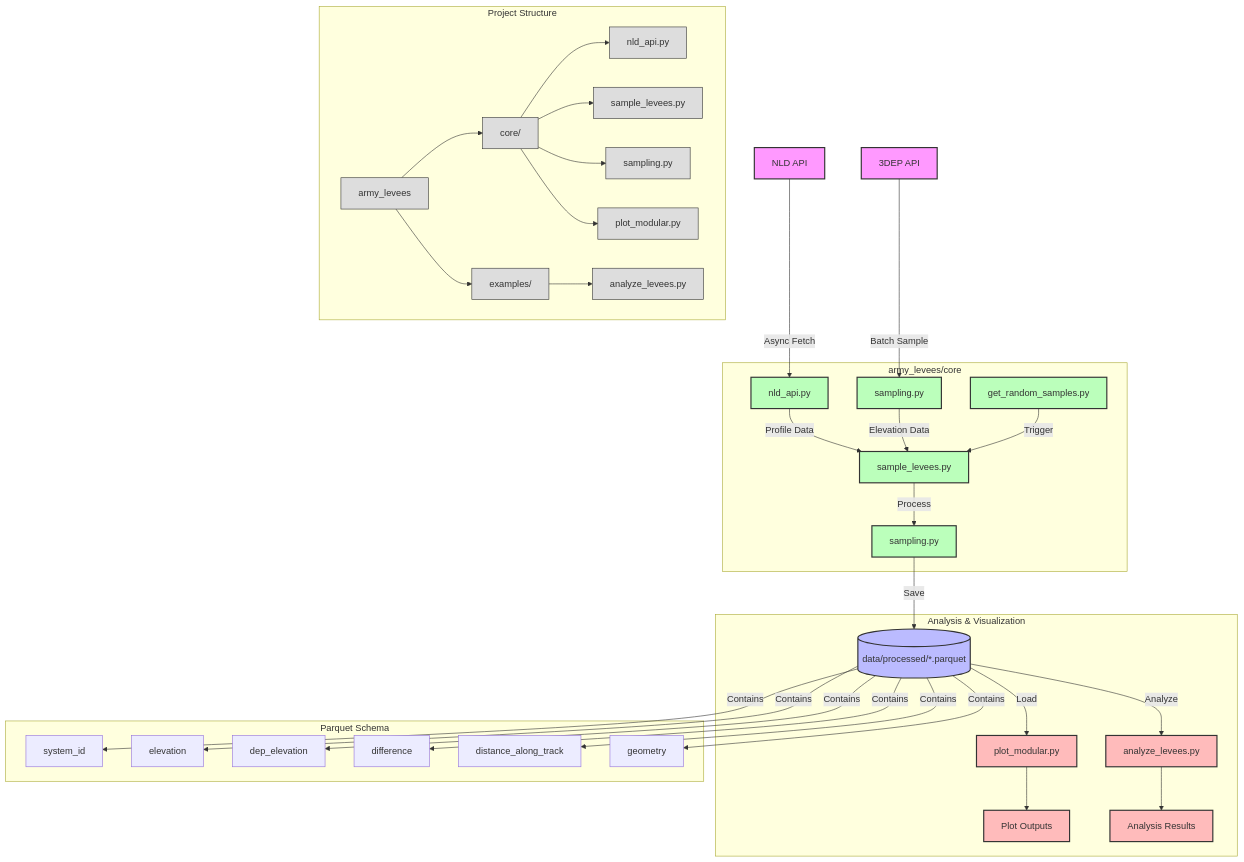
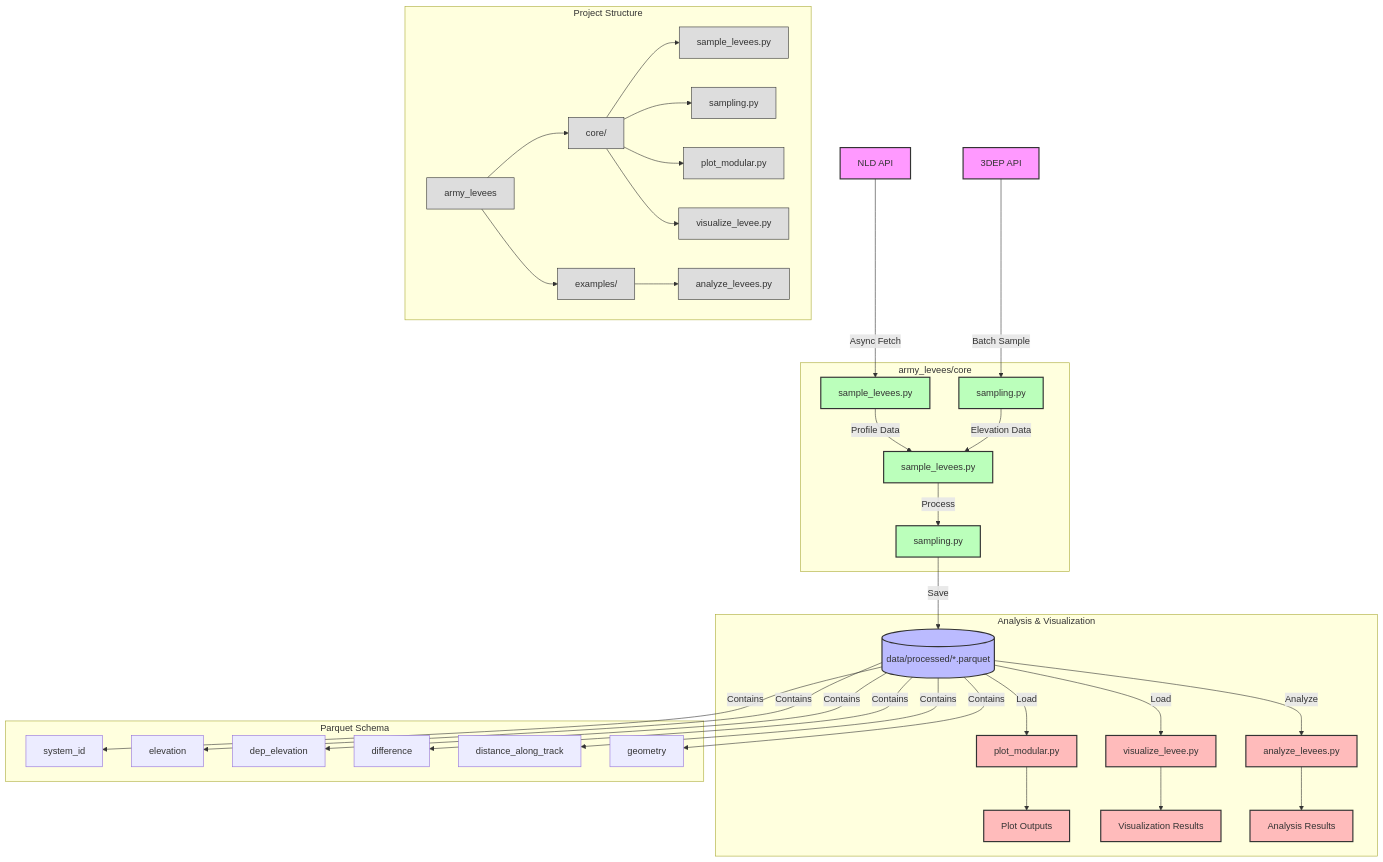
Before and after one commit to jameshgrn/army_levees: the diagram in README.md, drawn with Mermaid. The commit also changed 1 other file, not shown here.

Commit message:
docs: update system architecture diagram
- Update mermaid diagram to match actual codebase structure
- Remove non-existent files from diagram
- Add visualization pipeline details

````diff
--- a/README.md
+++ b/README.md
@@ -14,60 +14,61 @@
 ```mermaid
 graph TD
     %% Data Sources & API Handling
-    A[NLD API] -->|Async Fetch| B[nld_api.py]
+    A[NLD API] -->|Async Fetch| B[sample_levees.py]
     D[3DEP API] -->|Batch Sample| E[sampling.py]
-    
+
     %% Core Processing Pipeline
     subgraph Core Processing [army_levees/core]
         B -->|Profile Data| F[sample_levees.py]
         E -->|Elevation Data| F
         F -->|Process| G[sampling.py]
-        H[get_random_samples.py] -->|Trigger| F
     end
-    
+
     %% Data Storage & Processing
     G -->|Save| I[(data/processed/*.parquet)]
-    
+
     %% Analysis & Visualization
     subgraph Analysis & Visualization
         I -->|Load| J[plot_modular.py]
-        I -->|Analyze| K[analyze_levees.py]
-        J --> L[Plot Outputs]
-        K --> M[Analysis Results]
+        I -->|Load| K[visualize_levee.py]
+        I -->|Analyze| L[analyze_levees.py]
+        J --> M[Plot Outputs]
+        K --> N[Visualization Results]
+        L --> O[Analysis Results]
     end
-    
+
     %% Data Schema
     subgraph Parquet Schema
-        I --> |Contains| N[system_id]
-        I --> |Contains| O[elevation]
-        I --> |Contains| P[dep_elevation]
-        I --> |Contains| Q[difference]
-        I --> |Contains| R[distance_along_track]
-        I --> |Contains| S[geometry]
+        I --> |Contains| P[system_id]
+        I --> |Contains| Q[elevation]
+        I --> |Contains| R[dep_elevation]
+        I --> |Contains| S[difference]
+        I --> |Contains| T[distance_along_track]
+        I --> |Contains| U[geometry]
     end
-    
+
     %% Module Organization
     subgraph Project Structure
-        T[army_levees]
-        T --> U[core/]
-        T --> V[examples/]
-        U --> W[nld_api.py]
-        U --> X[sample_levees.py]
-        U --> Y[sampling.py]
-        U --> Z[plot_modular.py]
-        V --> AA[analyze_levees.py]
+        V[army_levees]
+        V --> W[core/]
+        V --> X[examples/]
+        W --> Y[sample_levees.py]
+        W --> Z[sampling.py]
+        W --> AA[plot_modular.py]
+        W --> BB[visualize_levee.py]
+        X --> CC[analyze_levees.py]
     end
-    
+
     %% Style
     classDef api fill:#f9f,stroke:#333,stroke-width:2px
     classDef core fill:#bfb,stroke:#333,stroke-width:2px
     classDef storage fill:#bbf,stroke:#333,stroke-width:2px
     classDef analysis fill:#fbb,stroke:#333,stroke-width:2px
     classDef structure fill:#ddd,stroke:#333,stroke-width:1px
-    
+
     class A,D api
-    class B,E,F,G,H core
+    class B,E,F,G core
     class I storage
-    class J,K,L,M analysis
-    class T,U,V,W,X,Y,Z,AA structure
+    class J,K,L,M,N,O analysis
+    class V,W,X,Y,Z,AA,BB,CC structure
 ```
````
